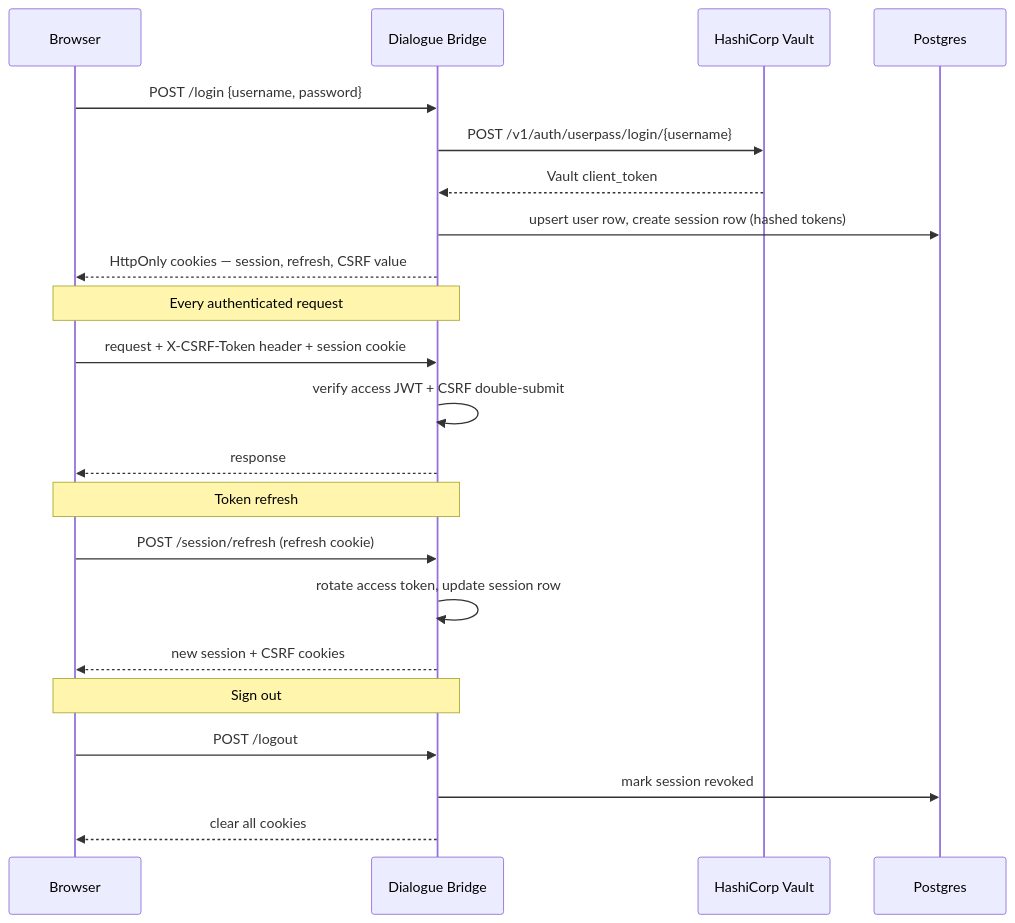
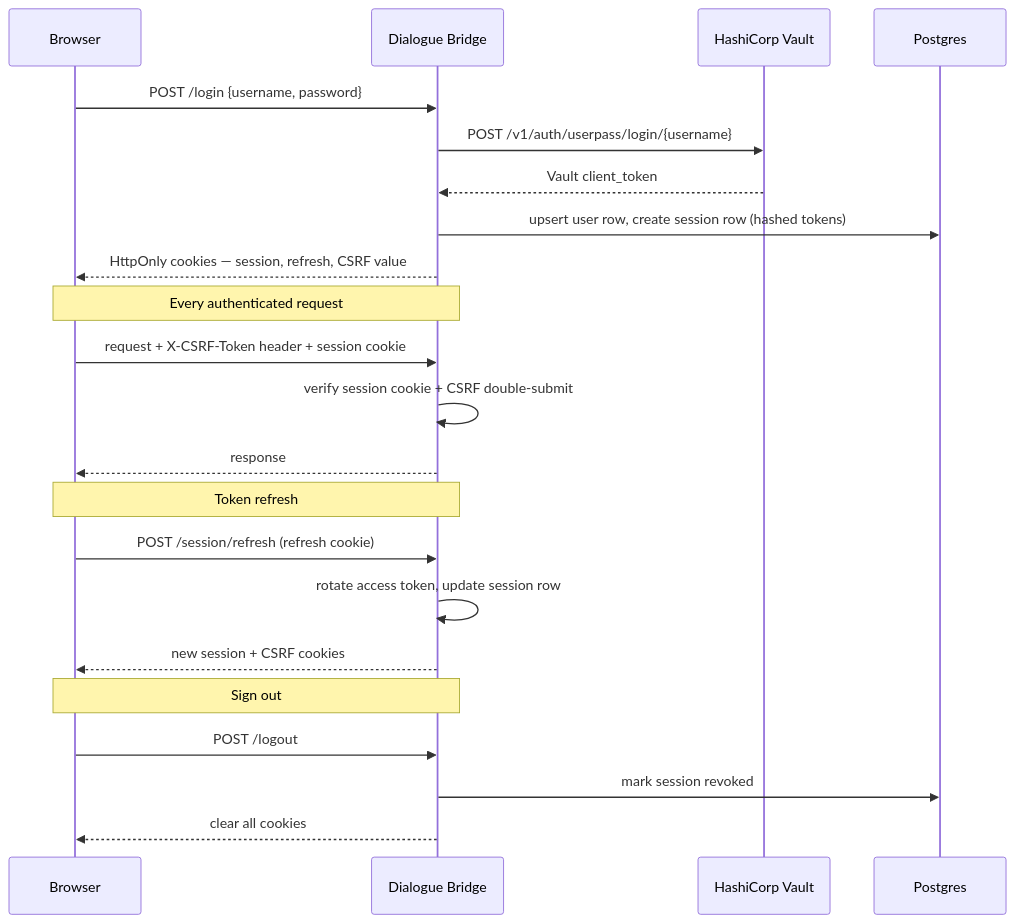
One commit to konstantinosmpouros/mAgenticX changed the ninth of 9 diagrams in README.md. Above: the diagram before and after it, drawn with Mermaid. The commit also changed other lines of this file and 9 other files, not shown here.

````diff
--- a/README.md
+++ b/README.md
@@ -379,28 +379,28 @@
 ```mermaid
 sequenceDiagram
     participant B as Browser
     participant Bridge as Dialogue Bridge
     participant Vault as HashiCorp Vault
     participant PG as Postgres
 
     B->>Bridge: POST /login {username, password}
     Bridge->>Vault: POST /v1/auth/userpass/login/{username}
     Vault-->>Bridge: Vault client_token
     Bridge->>PG: upsert user row, create session row (hashed tokens)
     Bridge-->>B: HttpOnly cookies — session, refresh, CSRF value
 
     Note over B,Bridge: Every authenticated request
     B->>Bridge: request + X-CSRF-Token header + session cookie
-    Bridge->>Bridge: verify access JWT + CSRF double-submit
+    Bridge->>Bridge: verify session cookie + CSRF double-submit
     Bridge-->>B: response
 
     Note over B,Bridge: Token refresh
     B->>Bridge: POST /session/refresh (refresh cookie)
     Bridge->>Bridge: rotate access token, update session row
     Bridge-->>B: new session + CSRF cookies
 
     Note over B,Bridge: Sign out
     B->>Bridge: POST /logout
     Bridge->>PG: mark session revoked
     Bridge-->>B: clear all cookies
 ```
````
